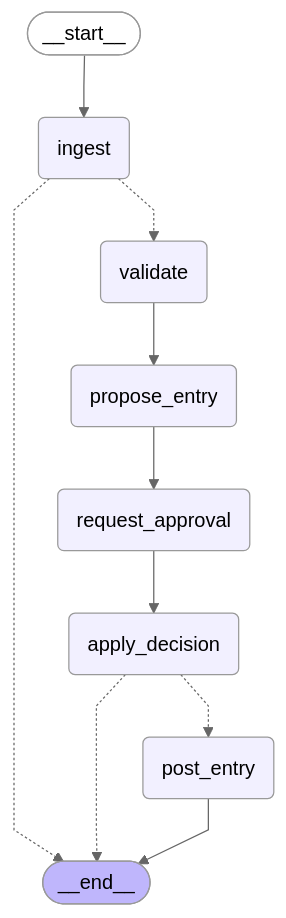
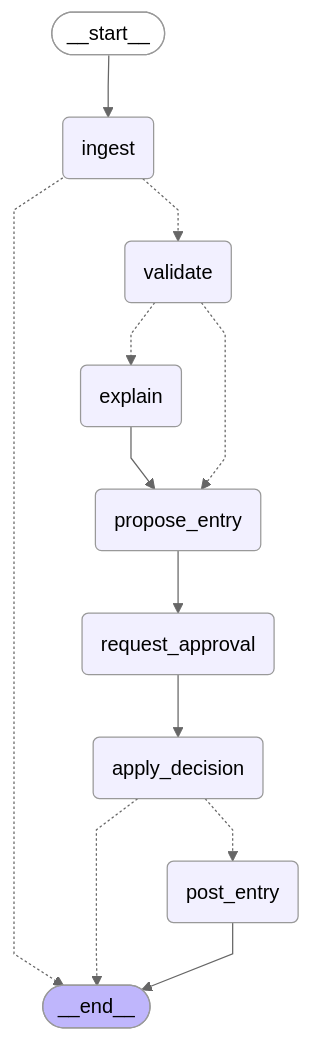
The diagram in README.md (RomeoCorrec/Invoice_Agent), drawn with Mermaid (neutral theme) before and after one commit. The commit also changed other lines of this file and 1 other file, not shown here.

First line of the commit message:
docs: record how anomalies are explained, show the node in the diagram

````diff
--- a/README.md
+++ b/README.md
@@ -31,28 +31,31 @@
 ```mermaid
 ---
 config:
   flowchart:
     curve: linear
 ---
 graph TD;
 	__start__([<p>__start__</p>]):::first
 	ingest(ingest)
 	validate(validate)
+	explain(explain)
 	propose_entry(propose_entry)
 	request_approval(request_approval)
 	apply_decision(apply_decision)
 	post_entry(post_entry)
 	__end__([<p>__end__</p>]):::last
 	__start__ --> ingest;
 	apply_decision -.-> __end__;
 	apply_decision -.-> post_entry;
+	explain --> propose_entry;
 	ingest -.-> __end__;
 	ingest -.-> validate;
 	propose_entry --> request_approval;
 	request_approval --> apply_decision;
-	validate --> propose_entry;
+	validate -.-> explain;
+	validate -.-> propose_entry;
 	post_entry --> __end__;
 	classDef default fill:#f2f0ff,line-height:1.2
 	classDef first fill-opacity:0
 	classDef last fill:#bfb6fc
 ```
````
